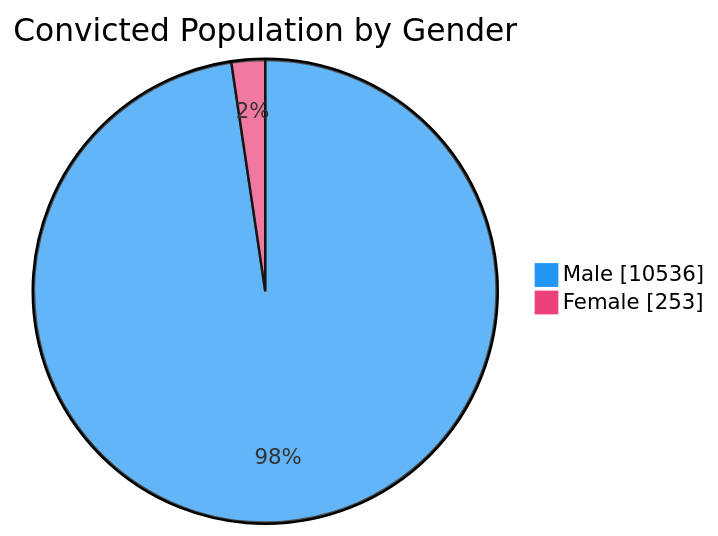
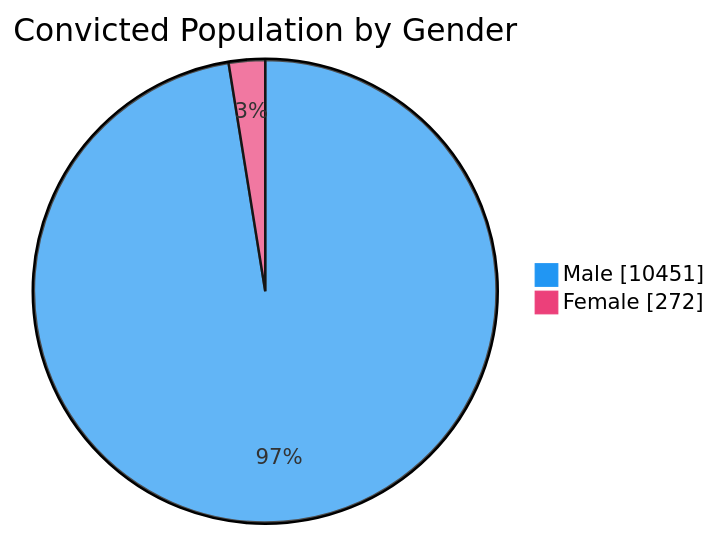
One commit to nuuuwan/lk_prisons changed the third of 7 diagrams in README.md. Above: the diagram before and after it, drawn with Mermaid. The commit also changed other lines of this file and 1 other file, not shown here.

````diff
--- a/README.md
+++ b/README.md
@@ -65,6 +65,6 @@
 ```mermaid
 %%{init: {'themeVariables': {'pie1': '#2196F3', 'pie2': '#EC407A'}}}%%
 pie showData title Convicted Population by Gender
-    "Male" : 10536
-    "Female" : 253
+    "Male" : 10451
+    "Female" : 272
 ```
````
